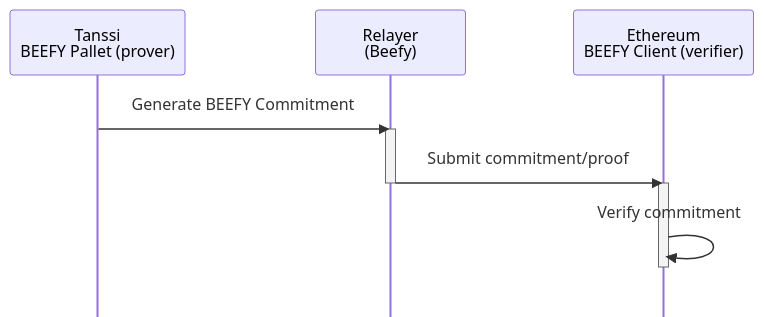
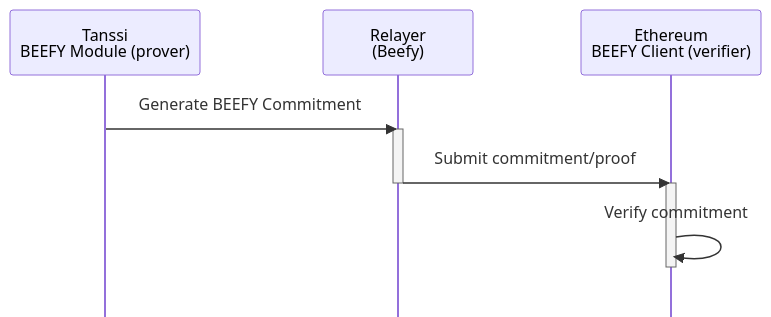
One commit to moondance-labs/tanssi-docs changed the first of 7 diagrams in learn/tanssi/tanssi-ethereum-bridge.md. Above: the diagram before and after it, drawn with Mermaid. The commit also changed other lines of this file, not shown here.

Commit message:
chore: remove pallet

````diff
--- a/learn/tanssi/tanssi-ethereum-bridge.md
+++ b/learn/tanssi/tanssi-ethereum-bridge.md
@@ -38,17 +38,17 @@
 ```mermaid
 sequenceDiagram
     %%{init: {'sequence': {'mirrorActors': false}}}%%
-    participant Tanssi_Pallet as Tanssi <br/> BEEFY Pallet (prover)
+    participant Tanssi_Module as Tanssi <br/> BEEFY Module (prover)
     participant Beefy_Relayer as Relayer <br/> (Beefy)
     participant Eth_BeefyClient as Ethereum <br/> BEEFY Client (verifier)
 
-    Tanssi_Pallet->>Beefy_Relayer: Generate BEEFY Commitment
+    Tanssi_Module->>Beefy_Relayer: Generate BEEFY Commitment
     activate Beefy_Relayer
     Beefy_Relayer->>Eth_BeefyClient: Submit commitment/proof
     deactivate Beefy_Relayer
 
     activate Eth_BeefyClient
     Eth_BeefyClient->>Eth_BeefyClient: Verify commitment
     deactivate Eth_BeefyClient
 
 ```
````
